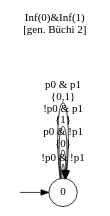
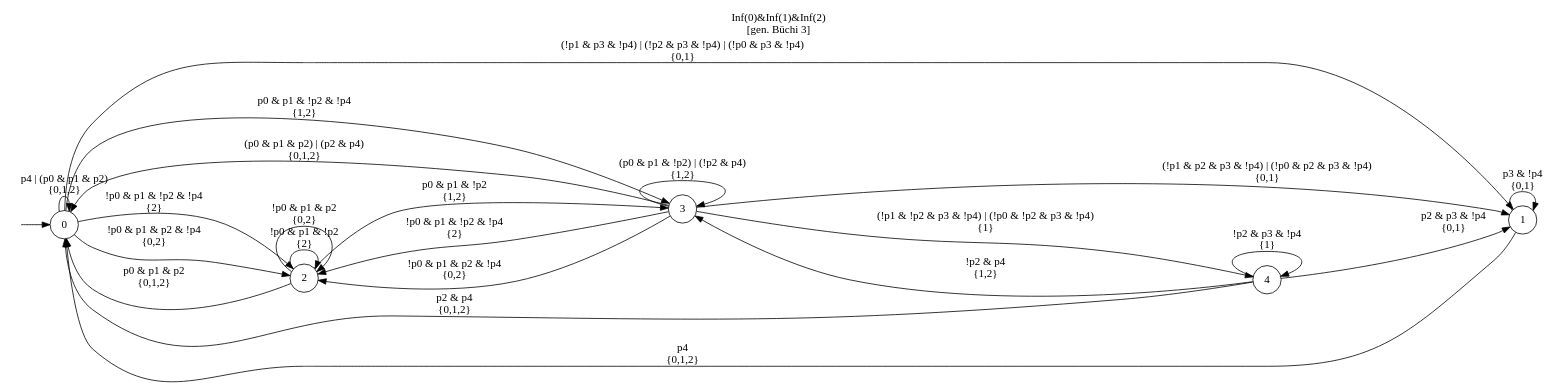
The diagram in Task Batch Planning Decision Tree/output/infinite_test_3.dot (jrourke48/HMRTA_TS_GENERATION), drawn with Graphviz before and after one commit. The commit also changed 33 other files, not shown here.

```diff
--- a/Task Batch Planning Decision Tree/output/infinite_test_3.dot
+++ b/Task Batch Planning Decision Tree/output/infinite_test_3.dot
@@ -1,13 +1,34 @@
 digraph "" {
   rankdir=LR
-  label="Inf(0)&Inf(1)\n[gen. Büchi 2]"
+  label="Inf(0)&Inf(1)&Inf(2)\n[gen. Büchi 3]"
   labelloc="t"
   node [shape="circle"]
   I [label="", style=invis, width=0]
   I -> 0
   0 [label="0"]
-  0 -> 0 [label="!p0 & !p1"]
-  0 -> 0 [label="p0 & !p1\n{0}"]
-  0 -> 0 [label="!p0 & p1\n{1}"]
-  0 -> 0 [label="p0 & p1\n{0,1}"]
+  0 -> 0 [label="p4 | (p0 & p1 & p2)\n{0,1,2}"]
+  0 -> 1 [label="(!p1 & p3 & !p4) | (!p2 & p3 & !p4) | (!p0 & p3 & !p4)\n{0,1}"]
+  0 -> 2 [label="!p0 & p1 & !p2 & !p4\n{2}"]
+  0 -> 2 [label="!p0 & p1 & p2 & !p4\n{0,2}"]
+  0 -> 3 [label="p0 & p1 & !p2 & !p4\n{1,2}"]
+  1 [label="1"]
+  1 -> 0 [label="p4\n{0,1,2}"]
+  1 -> 1 [label="p3 & !p4\n{0,1}"]
+  2 [label="2"]
+  2 -> 0 [label="p0 & p1 & p2\n{0,1,2}"]
+  2 -> 2 [label="!p0 & p1 & !p2\n{2}"]
+  2 -> 2 [label="!p0 & p1 & p2\n{0,2}"]
+  2 -> 3 [label="p0 & p1 & !p2\n{1,2}"]
+  3 [label="3"]
+  3 -> 0 [label="(p0 & p1 & p2) | (p2 & p4)\n{0,1,2}"]
+  3 -> 1 [label="(!p1 & p2 & p3 & !p4) | (!p0 & p2 & p3 & !p4)\n{0,1}"]
+  3 -> 2 [label="!p0 & p1 & !p2 & !p4\n{2}"]
+  3 -> 2 [label="!p0 & p1 & p2 & !p4\n{0,2}"]
+  3 -> 3 [label="(p0 & p1 & !p2) | (!p2 & p4)\n{1,2}"]
+  3 -> 4 [label="(!p1 & !p2 & p3 & !p4) | (!p0 & !p2 & p3 & !p4)\n{1}"]
+  4 [label="4"]
+  4 -> 0 [label="p2 & p4\n{0,1,2}"]
+  4 -> 1 [label="p2 & p3 & !p4\n{0,1}"]
+  4 -> 3 [label="!p2 & p4\n{1,2}"]
+  4 -> 4 [label="!p2 & p3 & !p4\n{1}"]
 }
```
